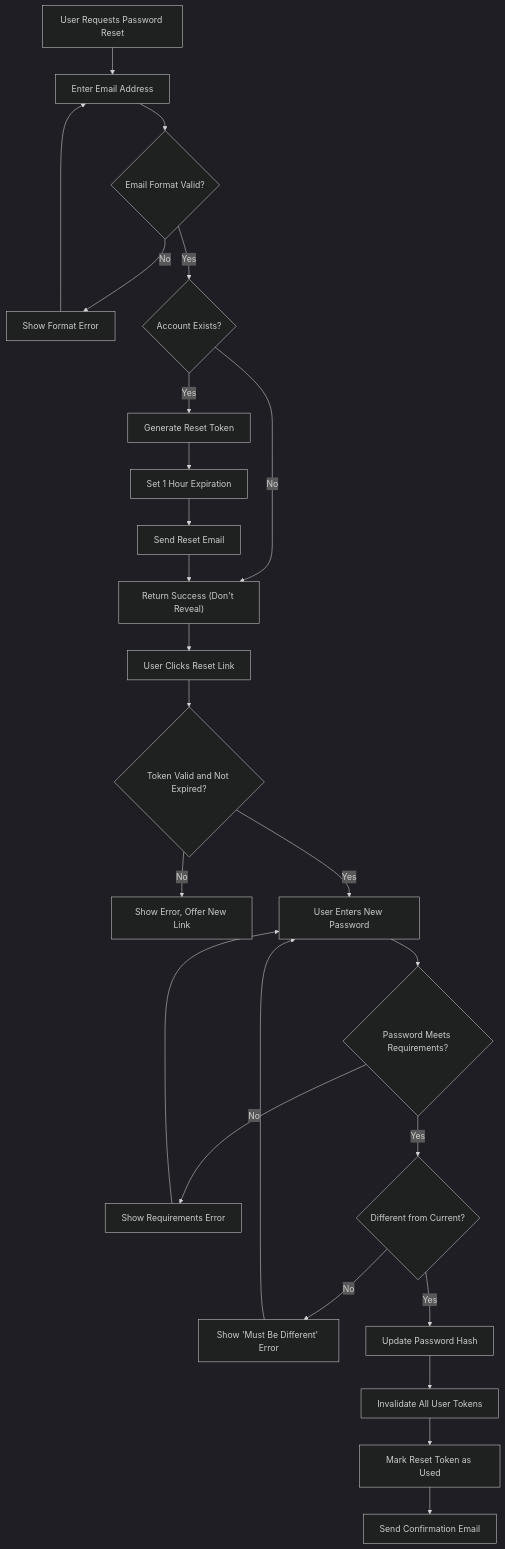
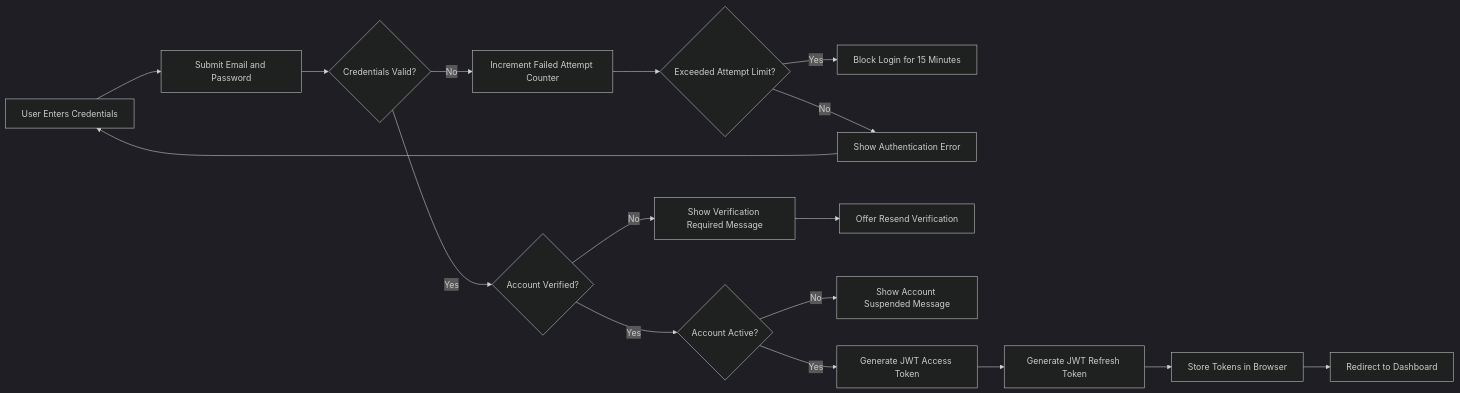
Before and after one commit to wrtnlabs/autobe-examples: the third of 4 diagrams in anthropic/claude-sonnet-4.5/bbs/docs/analysis/02-user-actors-authentication.md, drawn with Mermaid (dark theme). The commit also changed other lines of this file and 3569 other files, not shown here.

````diff
--- a/anthropic/claude-sonnet-4.5/bbs/docs/analysis/02-user-actors-authentication.md
+++ b/anthropic/claude-sonnet-4.5/bbs/docs/analysis/02-user-actors-authentication.md
@@ -487,27 +255,19 @@
 ```mermaid
-graph TD
-    A["User Requests Password Reset"] --> B["Enter Email Address"]
-    B --> C{"Email Format Valid?"}
-    C -->|"No"| D["Show Format Error"]
-    D --> B
-    C -->|"Yes"| E{"Account Exists?"}
-    E -->|"No"| F["Return Success (Don't Reveal)"]
-    E -->|"Yes"| G["Generate Reset Token"]
-    G --> H["Set 1 Hour Expiration"]
-    H --> I["Send Reset Email"]
-    I --> F
-    F --> J["User Clicks Reset Link"]
-    J --> K{"Token Valid and Not Expired?"}
-    K -->|"No"| L["Show Error, Offer New Link"]
-    K -->|"Yes"| M["User Enters New Password"]
-    M --> N{"Password Meets Requirements?"}
-    N -->|"No"| O["Show Requirements Error"]
-    O --> M
-    N -->|"Yes"| P{"Different from Current?"}
-    P -->|"No"| Q["Show 'Must Be Different' Error"]
-    Q --> M
-    P -->|"Yes"| R["Update Password Hash"]
-    R --> S["Invalidate All User Tokens"]
-    S --> T["Mark Reset Token as Used"]
-    T --> U["Send Confirmation Email"]
+graph LR
+    A["User Enters Credentials"] --> B["Submit Email and Password"]
+    B --> C{"Credentials Valid?"}
+    C -->|"No"| D["Increment Failed Attempt Counter"]
+    D --> E{"Exceeded Attempt Limit?"}
+    E -->|"Yes"| F["Block Login for 15 Minutes"]
+    E -->|"No"| G["Show Authentication Error"]
+    G --> A
+    C -->|"Yes"| H{"Account Verified?"}
+    H -->|"No"| I["Show Verification Required Message"]
+    I --> J["Offer Resend Verification"]
+    H -->|"Yes"| K{"Account Active?"}
+    K -->|"No"| L["Show Account Suspended Message"]
+    K -->|"Yes"| M["Generate JWT Access Token"]
+    M --> N["Generate JWT Refresh Token"]
+    N --> O["Store Tokens in Browser"]
+    O --> P["Redirect to Dashboard"]
 ```
````
